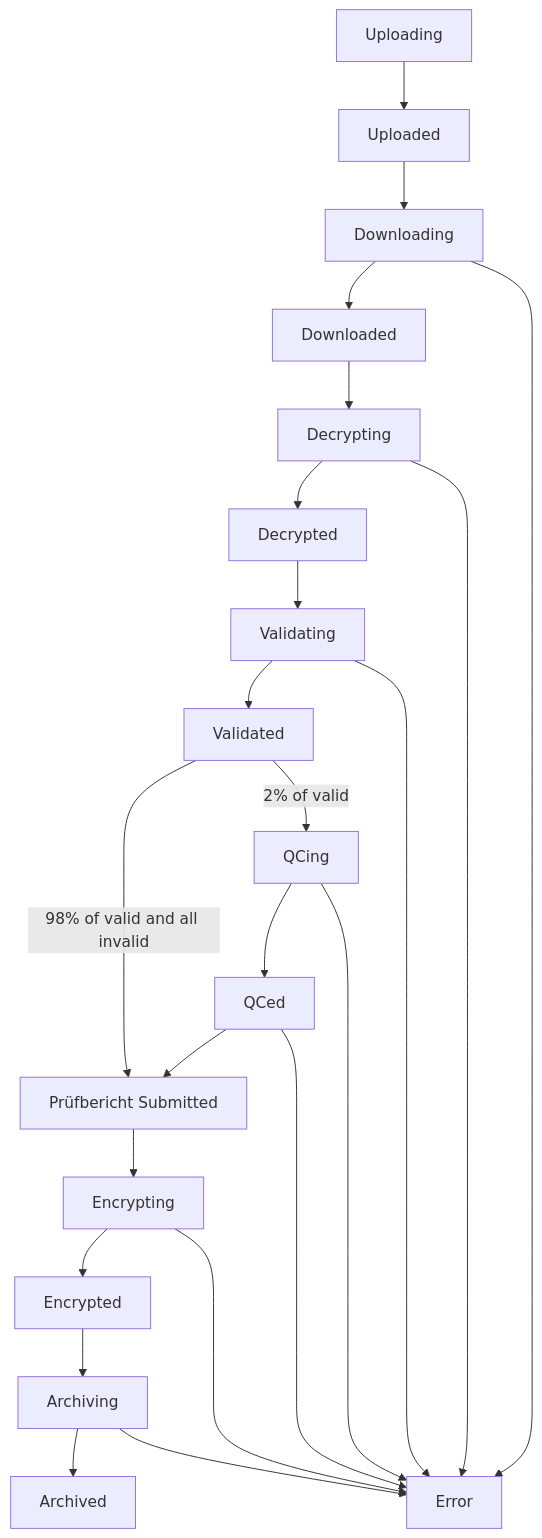
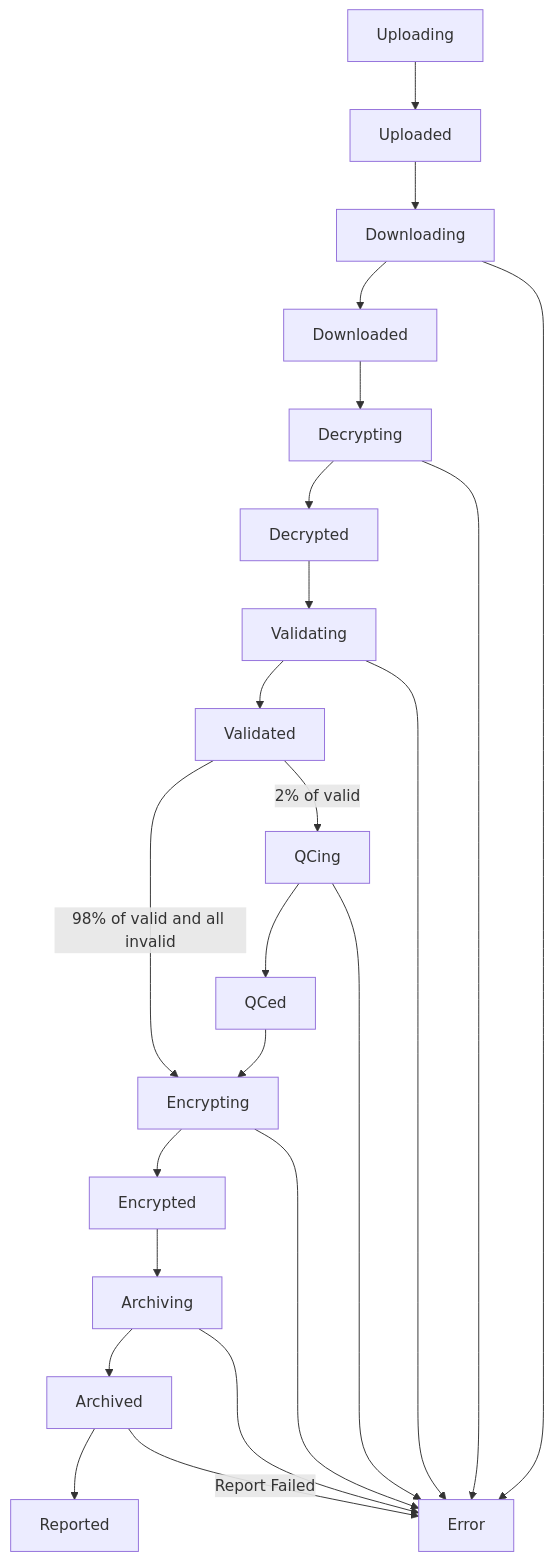
Before and after one commit to twrightsman/grz-watchdog: the second of 2 diagrams in docs/design.md, drawn with Mermaid. The commit also changed other lines of this file, not shown here.

````diff
--- a/docs/design.md
+++ b/docs/design.md
@@ -49,35 +57,36 @@
 ```mermaid
 flowchart TD
     n1["Uploading"] --> n2["Uploaded"]
     n2 --> n3["Downloading"]
     n3 --> n4["Downloaded"] & n5["Error"]
     n4 --> n7["Decrypting"]
     n7 --> n8["Decrypted"] & n5
     n8 --> n10["Validating"]
     n10 --> n11["Validated"] & n5
     n11 -- 2% of valid --> n13["QCing"]
     n13 --> n15["QCed"] & n5
-    n15 --> n16["Prüfbericht Submitted"] & n5
-    n16 --> n18["Encrypting"]
+    n15 --> n18["Encrypting"]
     n18 --> n19["Encrypted"] & n5
     n19 --> n20["Archiving"]
     n20 --> n21["Archived"] & n5
-    n11 -- 98% of valid and all invalid  --> n16
+    n11 -- 98% of valid and all invalid  --> n18
+    n21 --> n16["Reported"]
+    n21 -- "Report Failed" --> n5
 
     n1@{ shape: rect}
     n2@{ shape: rect}
     n3@{ shape: rect}
     n4@{ shape: rect}
     n5@{ shape: rect}
     n7@{ shape: rect}
     n8@{ shape: rect}
     n10@{ shape: rect}
     n11@{ shape: rect}
     n13@{ shape: rect}
     n15@{ shape: rect}
     n16@{ shape: rect}
     n18@{ shape: rect}
     n19@{ shape: rect}
     n20@{ shape: rect}
     n21@{ shape: rect}
 ```
````
